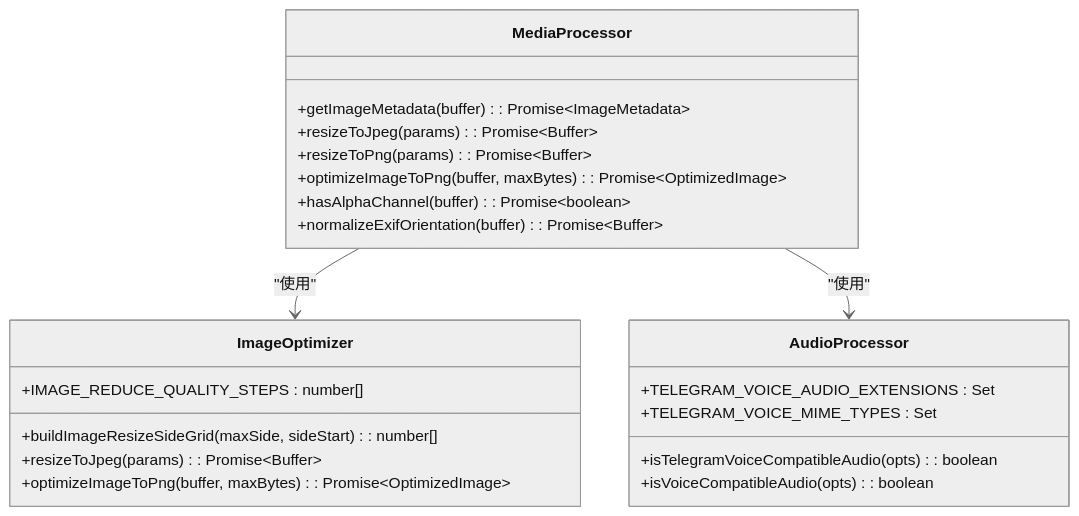
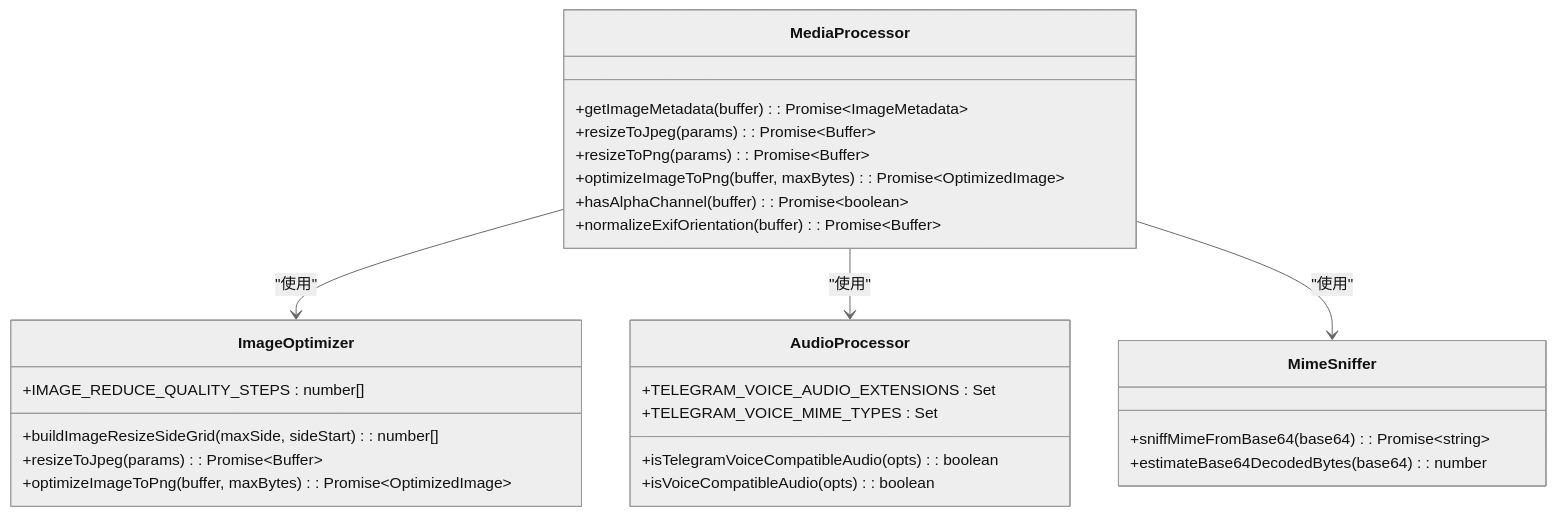
The seventh of 11 diagrams in .qoder/repowiki/zh/content/Web界面/WebChat界面/聊天附件处理系统.md (verse-ai-org/openclaw), drawn with Mermaid (neutral theme) before and after one commit. The commit also changed other lines of this file and 18 other files, not shown here.

````diff
--- a/.qoder/repowiki/zh/content/Web界面/WebChat界面/聊天附件处理系统.md
+++ b/.qoder/repowiki/zh/content/Web界面/WebChat界面/聊天附件处理系统.md
@@ -267,25 +300,30 @@
 ```mermaid
 classDiagram
 class MediaProcessor {
 +getImageMetadata(buffer) : Promise~ImageMetadata~
 +resizeToJpeg(params) : Promise~Buffer~
 +resizeToPng(params) : Promise~Buffer~
 +optimizeImageToPng(buffer, maxBytes) : Promise~OptimizedImage~
 +hasAlphaChannel(buffer) : Promise~boolean~
 +normalizeExifOrientation(buffer) : Promise~Buffer~
 }
 class ImageOptimizer {
 +IMAGE_REDUCE_QUALITY_STEPS : number[]
 +buildImageResizeSideGrid(maxSide, sideStart) : number[]
 +resizeToJpeg(params) : Promise~Buffer~
 +optimizeImageToPng(buffer, maxBytes) : Promise~OptimizedImage~
 }
 class AudioProcessor {
 +isTelegramVoiceCompatibleAudio(opts) : boolean
 +isVoiceCompatibleAudio(opts) : boolean
 +TELEGRAM_VOICE_AUDIO_EXTENSIONS : Set
 +TELEGRAM_VOICE_MIME_TYPES : Set
 }
+class MimeSniffer {
++sniffMimeFromBase64(base64) : Promise~string~
++estimateBase64DecodedBytes(base64) : number
+}
 MediaProcessor --> ImageOptimizer : "使用"
 MediaProcessor --> AudioProcessor : "使用"
+MediaProcessor --> MimeSniffer : "使用"
 ```
````
